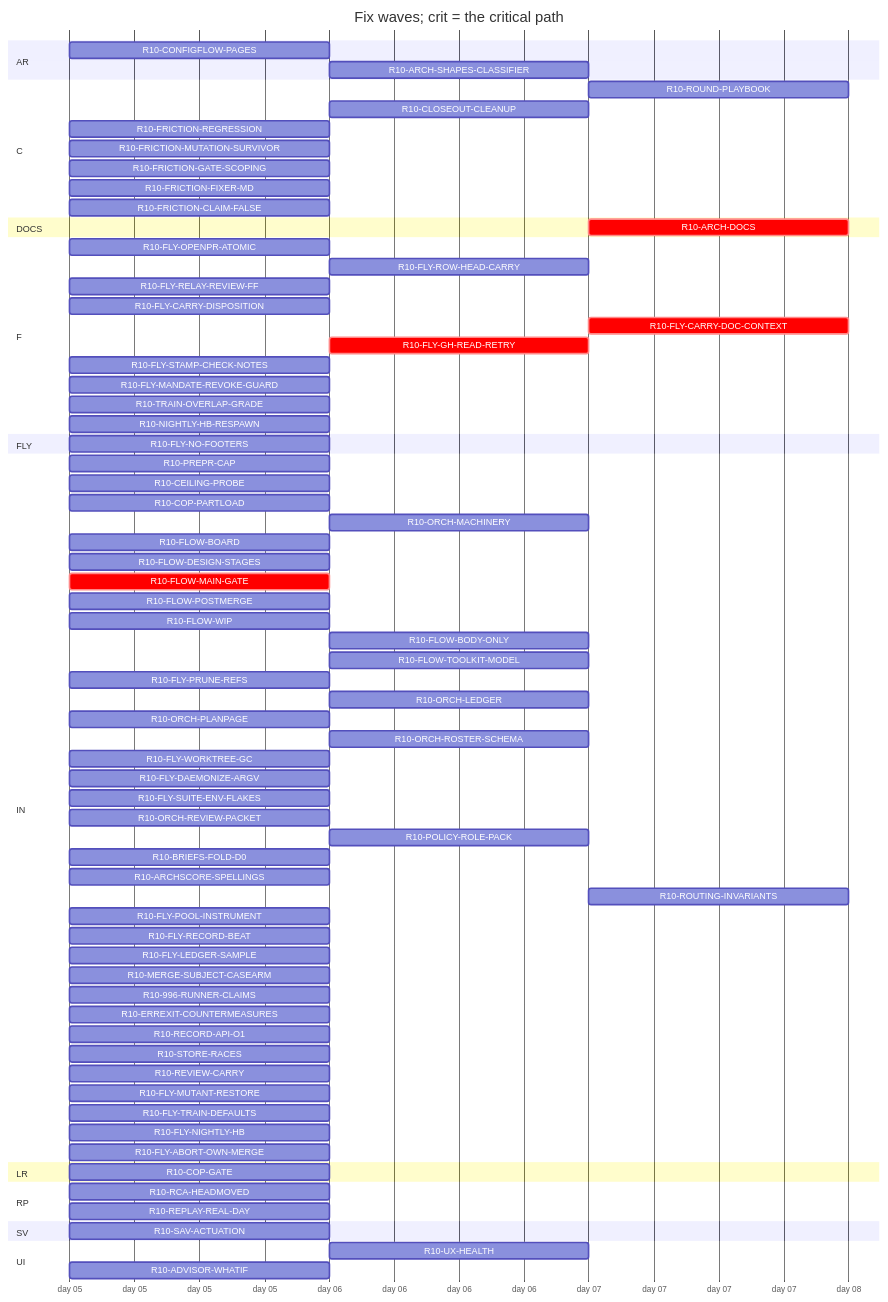
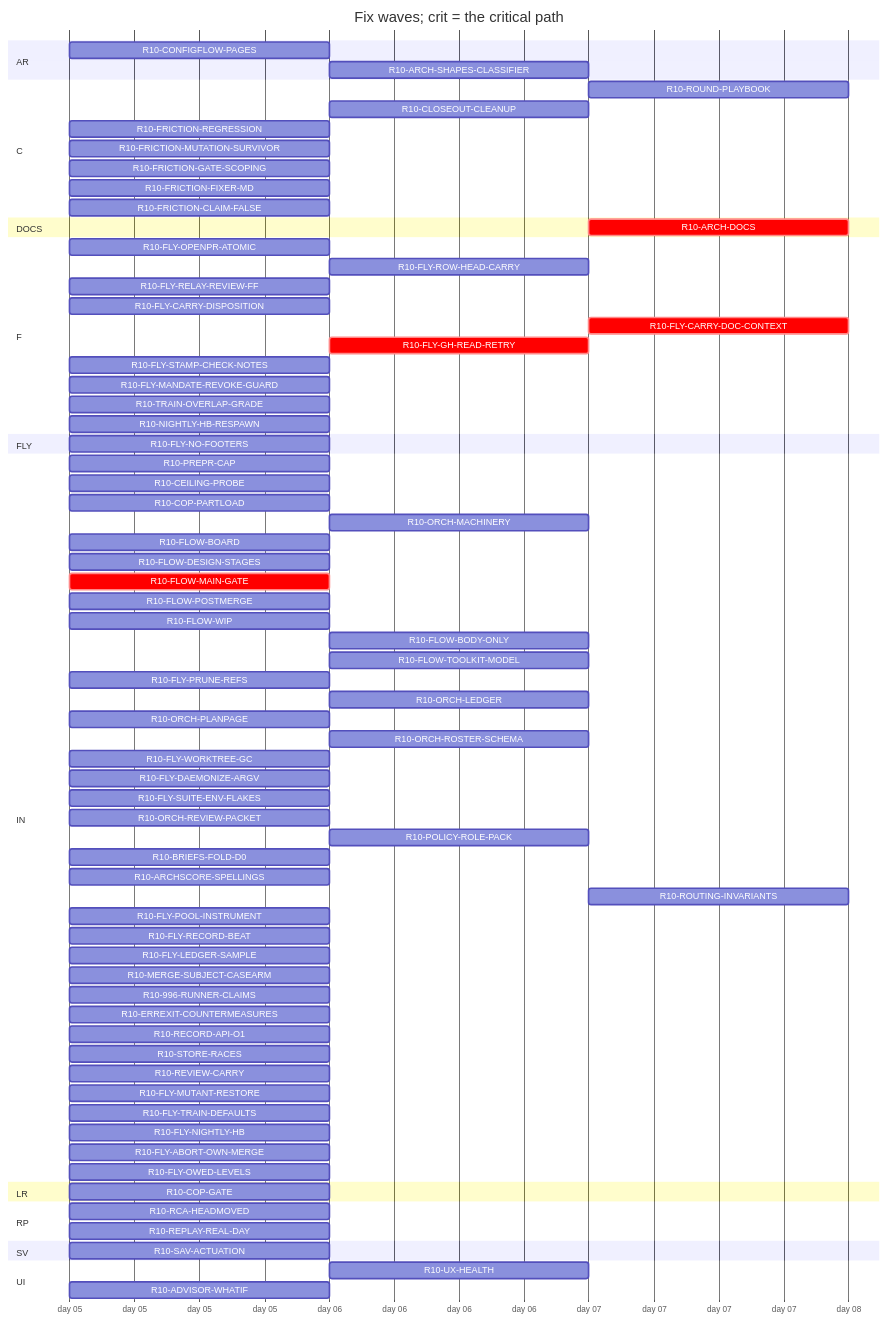
One commit to tvofi/heatpump_optimizer changed the diagram in handoff/round10/state/PLAN-TABLE.md. Above: the diagram before and after it, drawn with Mermaid. The commit also changed other lines of this file and 3 other files, not shown here.

Commit message:
state: FLOW-BOARD.md, NEXT-SESSION-PROMPT.md, PLAN-TABLE.md, RESUME-CURRENT.md regenerated (state_docs.py)

````diff
--- a/handoff/round10/state/PLAN-TABLE.md
+++ b/handoff/round10/state/PLAN-TABLE.md
@@ -23,79 +23,80 @@
 ```mermaid
 gantt
   title Fix waves; crit = the critical path
   dateFormat YYYY-MM-DD
   axisFormat day %d
   section AR
     R10-CONFIGFLOW-PAGES :r10CONFIGFLOWPAGES, 2026-01-05, 1d
     R10-ARCH-SHAPES-CLASSIFIER :r10ARCHSHAPESCLASSIFIER, after r10996RUNNERCLAIMS, 1d
   section C
     R10-ROUND-PLAYBOOK :r10ROUNDPLAYBOOK, after r10ORCHLEDGER r10ORCHPLANPAGE r10FLOWMAINGATE r10FLYRELAYREVIEWFF r10FLOWBODYONLY, 1d
     R10-CLOSEOUT-CLEANUP :r10CLOSEOUTCLEANUP, after r10FLYPRUNEREFS r10FLYWORKTREEGC, 1d
     R10-FRICTION-REGRESSION :r10FRICTIONREGRESSION, 2026-01-05, 1d
     R10-FRICTION-MUTATION-SURVIVOR :r10FRICTIONMUTATIONSURVIVOR, 2026-01-05, 1d
     R10-FRICTION-GATE-SCOPING :r10FRICTIONGATESCOPING, 2026-01-05, 1d
     R10-FRICTION-FIXER-MD :r10FRICTIONFIXERMD, 2026-01-05, 1d
     R10-FRICTION-CLAIM-FALSE :r10FRICTIONCLAIMFALSE, 2026-01-05, 1d
   section DOCS
     R10-ARCH-DOCS :crit, r10ARCHDOCS, after r10COPGATE r10UXHEALTH r10CONFIGFLOWPAGES r10RCAHEADMOVED r10CEILINGPROBE r10COPPARTLOAD r10FLOWBOARD r10FLOWDESIGNSTAGES r10FLOWPOSTMERGE r10FLOWWIP r10FLOWBODYONLY r10FLYOPENPRATOMIC r10FLYROWHEADCARRY r10FLYRELAYREVIEWFF r10FLYCARRYDISPOSITION r10FLYCARRYDOCCONTEXT r10FLOWTOOLKITMODEL r10FLYSTAMPCHECKNOTES r10FLYMANDATEREVOKEGUARD r10TRAINOVERLAPGRADE r10NIGHTLYHBRESPAWN r10FLYPRUNEREFS r10ORCHLEDGER r10ORCHPLANPAGE r10ORCHROSTERSCHEMA r10FLYWORKTREEGC r10FLYDAEMONIZEARGV r10ORCHREVIEWPACKET r10POLICYROLEPACK r10BRIEFSFOLDD0 r10REPLAYREALDAY r10ARCHSCORESPELLINGS r10SAVACTUATION r10FLYLEDGERSAMPLE, 1d
   section F
     R10-FLY-OPENPR-ATOMIC :r10FLYOPENPRATOMIC, 2026-01-05, 1d
     R10-FLY-ROW-HEAD-CARRY :r10FLYROWHEADCARRY, after r10FLYOPENPRATOMIC, 1d
     R10-FLY-RELAY-REVIEW-FF :r10FLYRELAYREVIEWFF, 2026-01-05, 1d
     R10-FLY-CARRY-DISPOSITION :r10FLYCARRYDISPOSITION, 2026-01-05, 1d
     R10-FLY-CARRY-DOC-CONTEXT :crit, r10FLYCARRYDOCCONTEXT, after r10FLYGHREADRETRY, 1d
     R10-FLY-GH-READ-RETRY :crit, r10FLYGHREADRETRY, after r10FLOWMAINGATE, 1d
     R10-FLY-STAMP-CHECK-NOTES :r10FLYSTAMPCHECKNOTES, 2026-01-05, 1d
     R10-FLY-MANDATE-REVOKE-GUARD :r10FLYMANDATEREVOKEGUARD, 2026-01-05, 1d
     R10-TRAIN-OVERLAP-GRADE :r10TRAINOVERLAPGRADE, 2026-01-05, 1d
     R10-NIGHTLY-HB-RESPAWN :r10NIGHTLYHBRESPAWN, 2026-01-05, 1d
   section FLY
     R10-FLY-NO-FOOTERS :r10FLYNOFOOTERS, 2026-01-05, 1d
   section IN
     R10-PREPR-CAP :r10PREPRCAP, 2026-01-05, 1d
     R10-CEILING-PROBE :r10CEILINGPROBE, 2026-01-05, 1d
     R10-COP-PARTLOAD :r10COPPARTLOAD, 2026-01-05, 1d
     R10-ORCH-MACHINERY :r10ORCHMACHINERY, after r10FLOWMAINGATE, 1d
     R10-FLOW-BOARD :r10FLOWBOARD, 2026-01-05, 1d
     R10-FLOW-DESIGN-STAGES :r10FLOWDESIGNSTAGES, 2026-01-05, 1d
     R10-FLOW-MAIN-GATE :crit, r10FLOWMAINGATE, 2026-01-05, 1d
     R10-FLOW-POSTMERGE :r10FLOWPOSTMERGE, 2026-01-05, 1d
     R10-FLOW-WIP :r10FLOWWIP, 2026-01-05, 1d
     R10-FLOW-BODY-ONLY :r10FLOWBODYONLY, after r10FLYOPENPRATOMIC, 1d
     R10-FLOW-TOOLKIT-MODEL :r10FLOWTOOLKITMODEL, after r10ORCHPLANPAGE, 1d
     R10-FLY-PRUNE-REFS :r10FLYPRUNEREFS, 2026-01-05, 1d
     R10-ORCH-LEDGER :r10ORCHLEDGER, after r10FLOWMAINGATE, 1d
     R10-ORCH-PLANPAGE :r10ORCHPLANPAGE, 2026-01-05, 1d
     R10-ORCH-ROSTER-SCHEMA :r10ORCHROSTERSCHEMA, after r10FLOWMAINGATE, 1d
     R10-FLY-WORKTREE-GC :r10FLYWORKTREEGC, 2026-01-05, 1d
     R10-FLY-DAEMONIZE-ARGV :r10FLYDAEMONIZEARGV, 2026-01-05, 1d
     R10-FLY-SUITE-ENV-FLAKES :r10FLYSUITEENVFLAKES, 2026-01-05, 1d
     R10-ORCH-REVIEW-PACKET :r10ORCHREVIEWPACKET, 2026-01-05, 1d
     R10-POLICY-ROLE-PACK :r10POLICYROLEPACK, after r10FLOWDESIGNSTAGES, 1d
     R10-BRIEFS-FOLD-D0 :r10BRIEFSFOLDD0, 2026-01-05, 1d
     R10-ARCHSCORE-SPELLINGS :r10ARCHSCORESPELLINGS, 2026-01-05, 1d
     R10-ROUTING-INVARIANTS :r10ROUTINGINVARIANTS, after r10ORCHROSTERSCHEMA, 1d
     R10-FLY-POOL-INSTRUMENT :r10FLYPOOLINSTRUMENT, 2026-01-05, 1d
     R10-FLY-RECORD-BEAT :r10FLYRECORDBEAT, 2026-01-05, 1d
     R10-FLY-LEDGER-SAMPLE :r10FLYLEDGERSAMPLE, 2026-01-05, 1d
     R10-MERGE-SUBJECT-CASEARM :r10MERGESUBJECTCASEARM, 2026-01-05, 1d
     R10-996-RUNNER-CLAIMS :r10996RUNNERCLAIMS, 2026-01-05, 1d
     R10-ERREXIT-COUNTERMEASURES :r10ERREXITCOUNTERMEASURES, 2026-01-05, 1d
     R10-RECORD-API-O1 :r10RECORDAPIO1, 2026-01-05, 1d
     R10-STORE-RACES :r10STORERACES, 2026-01-05, 1d
     R10-REVIEW-CARRY :r10REVIEWCARRY, 2026-01-05, 1d
     R10-FLY-MUTANT-RESTORE :r10FLYMUTANTRESTORE, 2026-01-05, 1d
     R10-FLY-TRAIN-DEFAULTS :r10FLYTRAINDEFAULTS, 2026-01-05, 1d
     R10-FLY-NIGHTLY-HB :r10FLYNIGHTLYHB, 2026-01-05, 1d
     R10-FLY-ABORT-OWN-MERGE :r10FLYABORTOWNMERGE, 2026-01-05, 1d
+    R10-FLY-OWED-LEVELS :r10FLYOWEDLEVELS, 2026-01-05, 1d
   section LR
     R10-COP-GATE :r10COPGATE, 2026-01-05, 1d
   section RP
     R10-RCA-HEADMOVED :r10RCAHEADMOVED, 2026-01-05, 1d
     R10-REPLAY-REAL-DAY :r10REPLAYREALDAY, 2026-01-05, 1d
   section SV
     R10-SAV-ACTUATION :r10SAVACTUATION, 2026-01-05, 1d
   section UI
     R10-UX-HEALTH :r10UXHEALTH, after r10COPGATE, 1d
     R10-ADVISOR-WHATIF :r10ADVISORWHATIF, 2026-01-05, 1d
 ```
````
